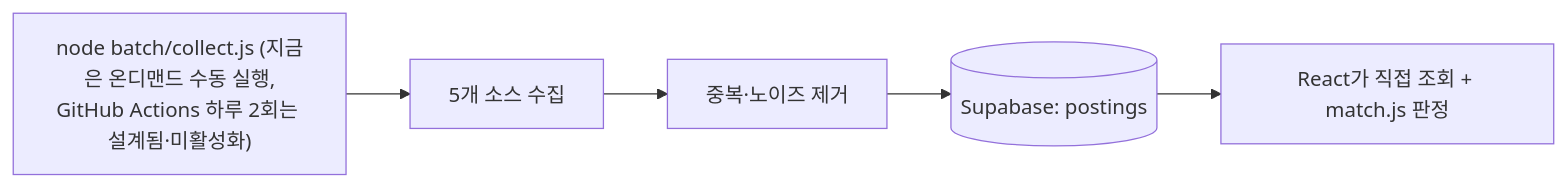
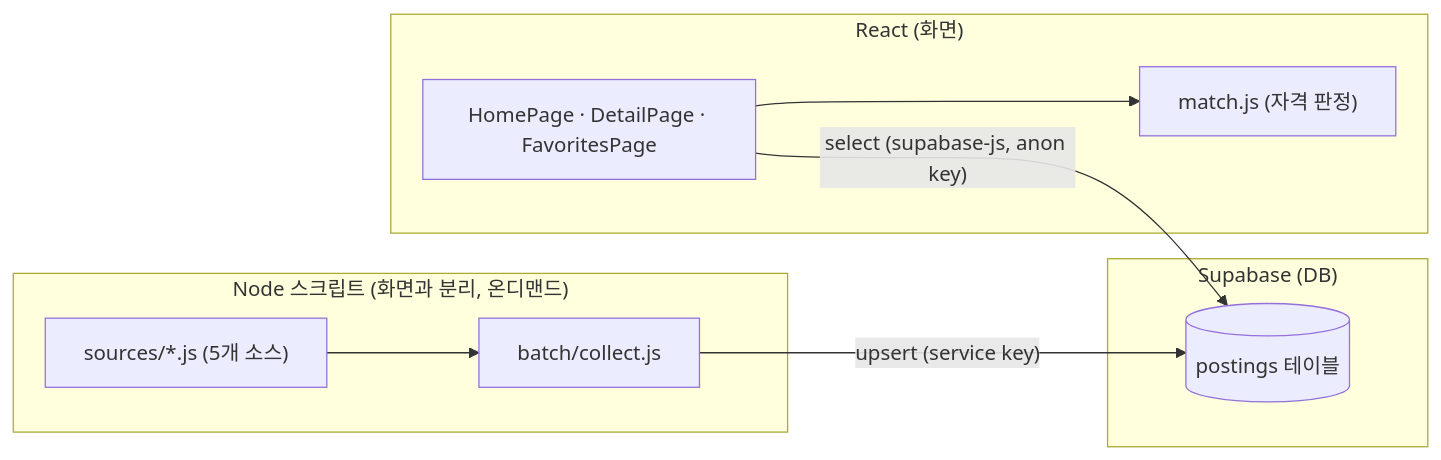
One commit to jaeho9338-code/activity-curation changed the second of 2 diagrams in README.md. Above: the diagram before and after it, drawn with Mermaid. The commit also changed other lines of this file, not shown here.

Commit message:
README에 화면·수집기·DB 박스형 아키텍처 다이어그램 추가 (서버 박스 없음을 명시)

````diff
--- a/README.md
+++ b/README.md
@@ -53,7 +55,21 @@
 ```mermaid
 flowchart LR
-  Run["node batch/collect.js (지금은 온디맨드 수동 실행,<br/>GitHub Actions 하루 2회는 설계됨·미활성화)"] --> Scraper[5개 소스 수집]
-  Scraper --> Dedup[중복·노이즈 제거]
-  Dedup --> DB[(Supabase: postings)]
-  DB --> App[React가 직접 조회 + match.js 판정]
+  subgraph React["React (화면)"]
+    Pages["HomePage · DetailPage · FavoritesPage"]
+    Match["match.js (자격 판정)"]
+    Pages --> Match
+  end
+
+  subgraph Collector["Node 스크립트 (화면과 분리, 온디맨드)"]
+    Sources["sources/*.js (5개 소스)"]
+    Collect["batch/collect.js"]
+    Sources --> Collect
+  end
+
+  subgraph DB["Supabase (DB)"]
+    Postings[("postings 테이블")]
+  end
+
+  Pages -- "select (supabase-js, anon key)" --> Postings
+  Collect -- "upsert (service key)" --> Postings
 ```
````
